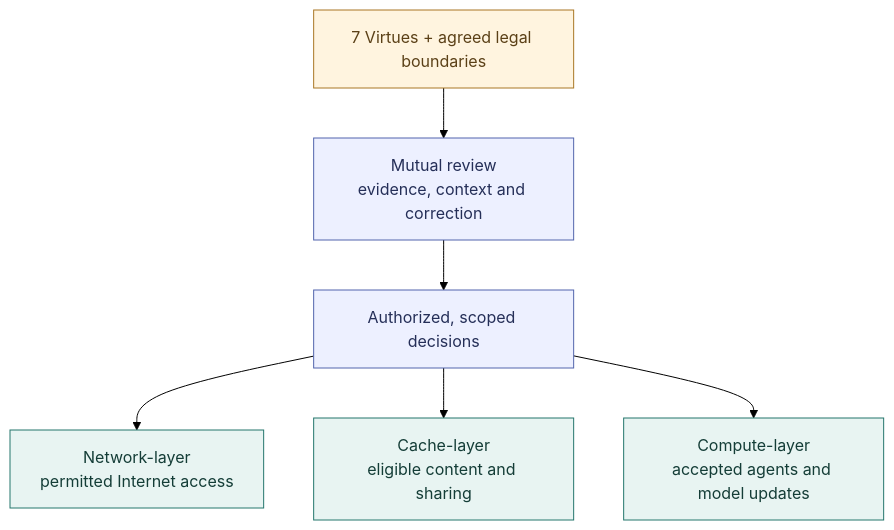
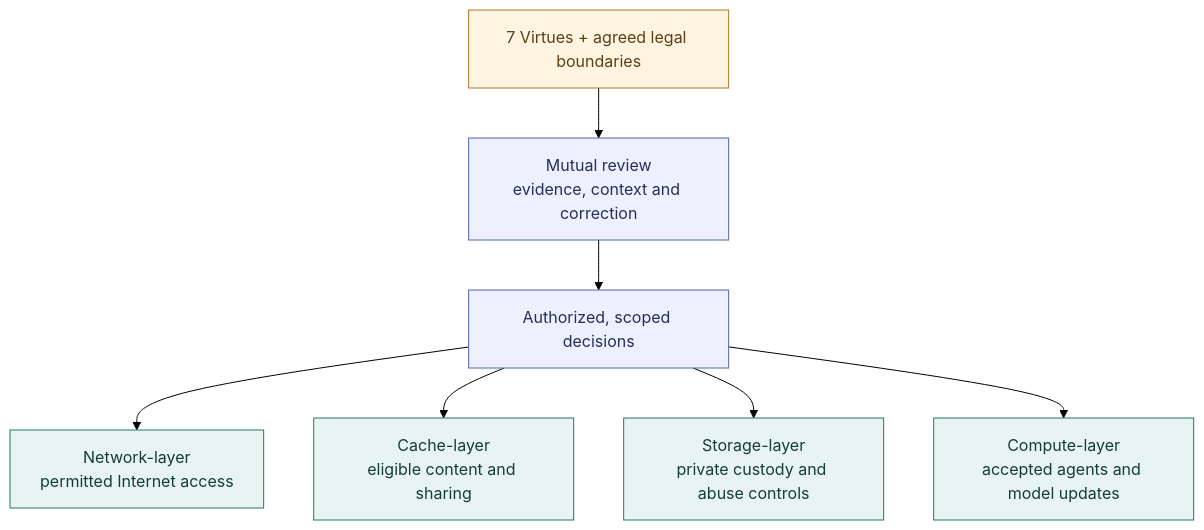
Before and after one commit to VOLPAROSSA/volparossa: the fourth of 4 diagrams in README.md, drawn with Mermaid (forest theme). The commit also changed other lines of this file and 3 other files, not shown here.

Commit message:
docs: give private storage its own layer and immune-system scope

````diff
--- a/README.md
+++ b/README.md
@@ -502,22 +561,24 @@
 ```mermaid
 flowchart TB
     P["7 Virtues + agreed legal boundaries"]
     R["Mutual review<br/>evidence, context and correction"]
     D["Authorized, scoped decisions"]
     N["Network-layer<br/>permitted Internet access"]
     C["Cache-layer<br/>eligible content and sharing"]
+    S["Storage-layer<br/>private custody and abuse controls"]
     A["Compute-layer<br/>accepted agents and model updates"]
 
     P --> R
     R --> D
     D --> N
     D --> C
+    D --> S
     D --> A
 
     classDef principles fill:#fff4df,stroke:#a97724,color:#5b4017;
     classDef review fill:#edf0ff,stroke:#5264ad,color:#252f58;
     classDef layer fill:#e8f4f2,stroke:#24766c,color:#143d37;
     class P principles;
     class R,D review;
-    class N,C,A layer;
+    class N,C,S,A layer;
 ```
````
